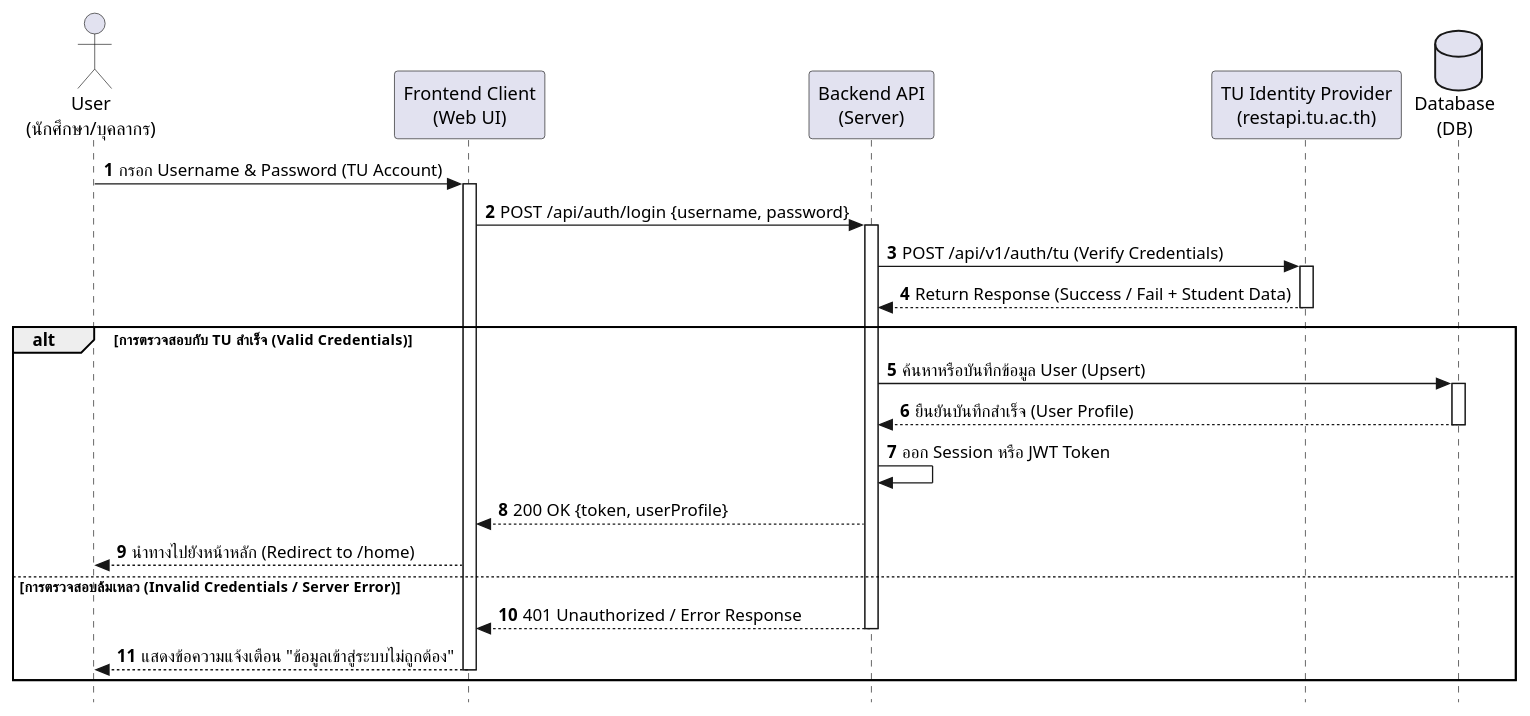
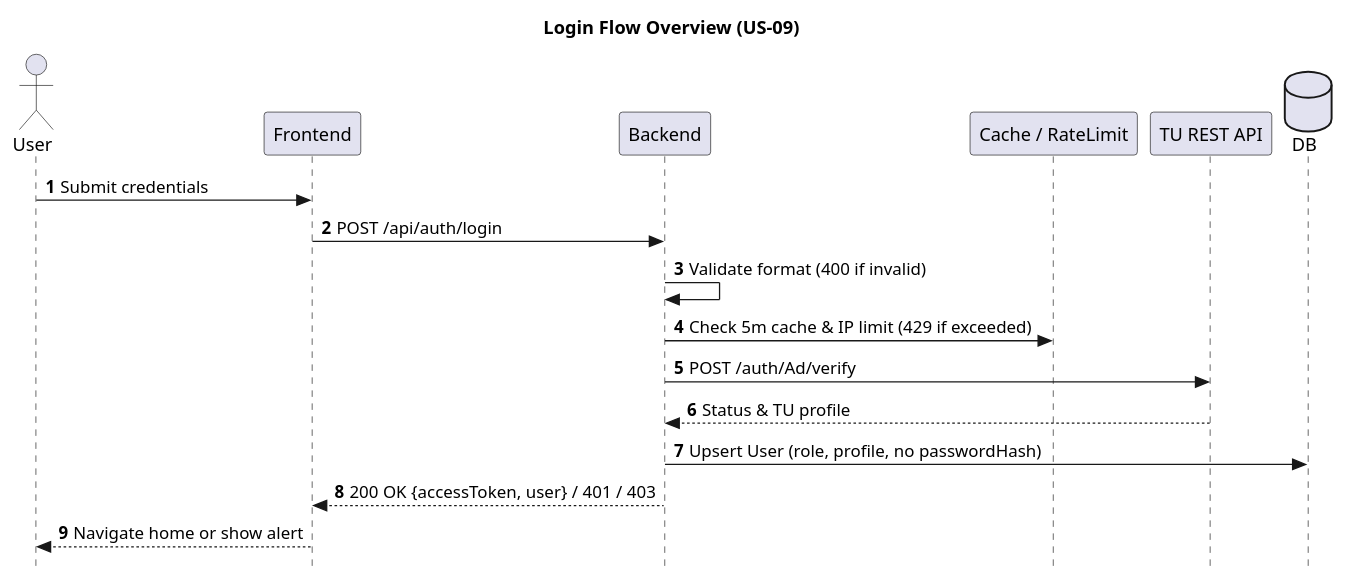
One commit to nrokariw/CS261_G06 changed the diagram in docs/project/uml/loginSequenceDiagram.puml. Above: the diagram before and after it, drawn with PlantUML. The commit also changed 16 other files, not shown here.

Commit message:
docs(uml): add DFD diagrams and simplify US-01 to US-09 UML diagrams in English

```diff
--- a/docs/project/uml/loginSequenceDiagram.puml
+++ b/docs/project/uml/loginSequenceDiagram.puml
@@ -1,37 +1,22 @@
 @startuml
+title Login Flow Overview (US-09)
 skinparam style strictuml
 autonumber
 
-actor "User\n(นักศึกษา/บุคลากร)" as User
-participant "Frontend Client\n(Web UI)" as UI
-participant "Backend API\n(Server)" as API
-participant "TU Identity Provider\n(restapi.tu.ac.th)" as TU
-database "Database\n(DB)" as DB
+actor User
+participant Frontend
+participant Backend
+participant "Cache / RateLimit" as Guard
+participant "TU REST API" as TU
+database DB
 
-User -> UI : กรอก Username & Password (TU Account)
-activate UI
-UI -> API : POST /api/auth/login {username, password}
-activate API
-
-API -> TU : POST /api/v1/auth/tu (Verify Credentials)
-activate TU
-TU --> API : Return Response (Success / Fail + Student Data)
-deactivate TU
-
-alt การตรวจสอบกับ TU สำเร็จ (Valid Credentials)
-    API -> DB : ค้นหาหรือบันทึกข้อมูล User (Upsert)
-    activate DB
-    DB --> API : ยืนยันบันทึกสำเร็จ (User Profile)
-    deactivate DB
-    
-    API -> API : ออก Session หรือ JWT Token
-    API --> UI : 200 OK {token, userProfile}
-    UI --> User : นำทางไปยังหน้าหลัก (Redirect to /home)
-else การตรวจสอบล้มเหลว (Invalid Credentials / Server Error)
-    API --> UI : 401 Unauthorized / Error Response
-    deactivate API
-    UI --> User : แสดงข้อความแจ้งเตือน "ข้อมูลเข้าสู่ระบบไม่ถูกต้อง"
-    deactivate UI
-end
-
+User -> Frontend : Submit credentials
+Frontend -> Backend : POST /api/auth/login
+Backend -> Backend : Validate format (400 if invalid)
+Backend -> Guard : Check 5m cache & IP limit (429 if exceeded)
+Backend -> TU : POST /auth/Ad/verify
+TU --> Backend : Status & TU profile
+Backend -> DB : Upsert User (role, profile, no passwordHash)
+Backend --> Frontend : 200 OK {accessToken, user} / 401 / 403
+Frontend --> User : Navigate home or show alert
 @enduml
```
